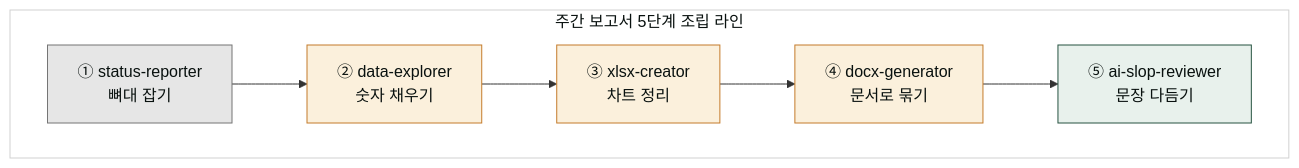
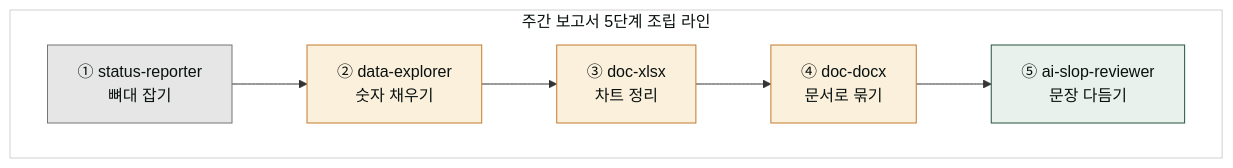
One commit to modu-ai/cowork-plugins changed the second of 5 diagrams in www/content/cookbook/report-automation.md. Above: the diagram before and after it, drawn with Mermaid. The commit also changed other lines of this file and 45 other files, not shown here.

First line of the commit message:
docs(www): 스킬명 정합 + 깨진 링크 수정 + mermaid 보강

````diff
--- a/www/content/cookbook/report-automation.md
+++ b/www/content/cookbook/report-automation.md
@@ -41,17 +41,17 @@
 ```mermaid
 flowchart LR
    subgraph Chain["주간 보고서 5단계 조립 라인"]
        direction LR
        A["① status-reporter<br/>뼈대 잡기"] --> B["② data-explorer<br/>숫자 채우기"]
-       B --> C["③ xlsx-creator<br/>차트 정리"]
-       C --> D["④ docx-generator<br/>문서로 묶기"]
+       B --> C["③ doc-xlsx<br/>차트 정리"]
+       C --> D["④ doc-docx<br/>문서로 묶기"]
        D --> E["⑤ ai-slop-reviewer<br/>문장 다듬기"]
    end
 
    style Chain fill:#ffffff,stroke:#d1d1d1,color:#09110f
    style A fill:#e6e6e6,stroke:#757575,color:#09110f
    style B fill:#fbf0dc,stroke:#c47b2a,color:#09110f
    style C fill:#fbf0dc,stroke:#c47b2a,color:#09110f
    style D fill:#fbf0dc,stroke:#c47b2a,color:#09110f
    style E fill:#e8f1ec,stroke:#265240,color:#09110f
 ```
````
